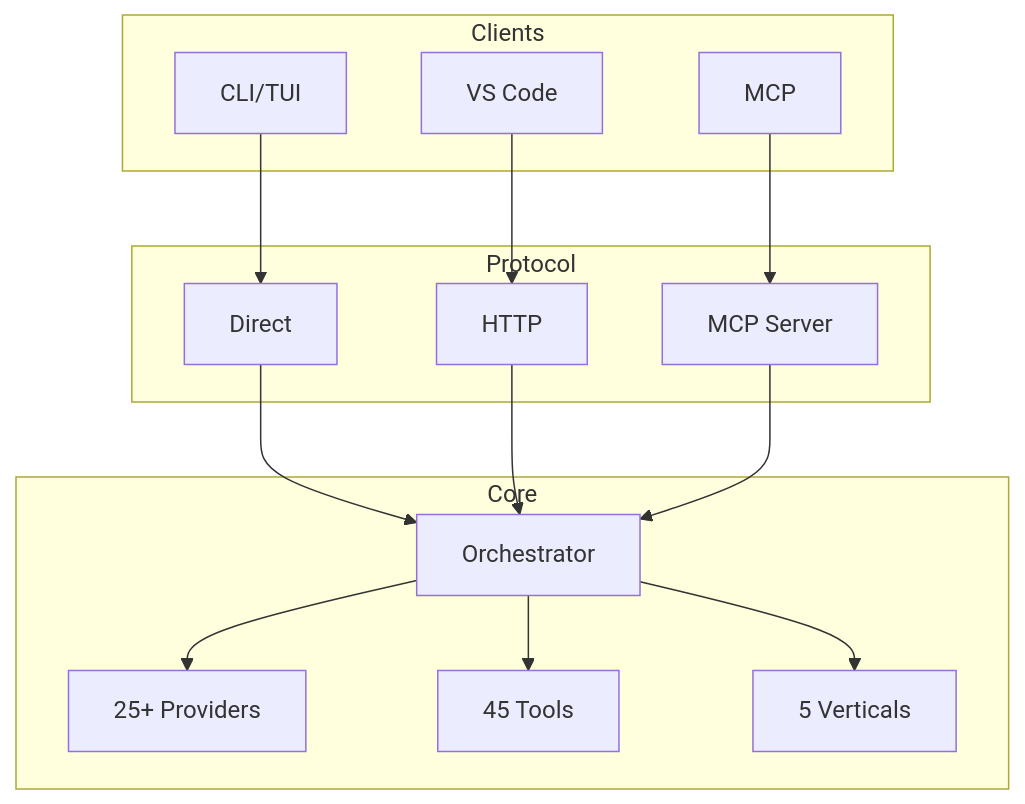
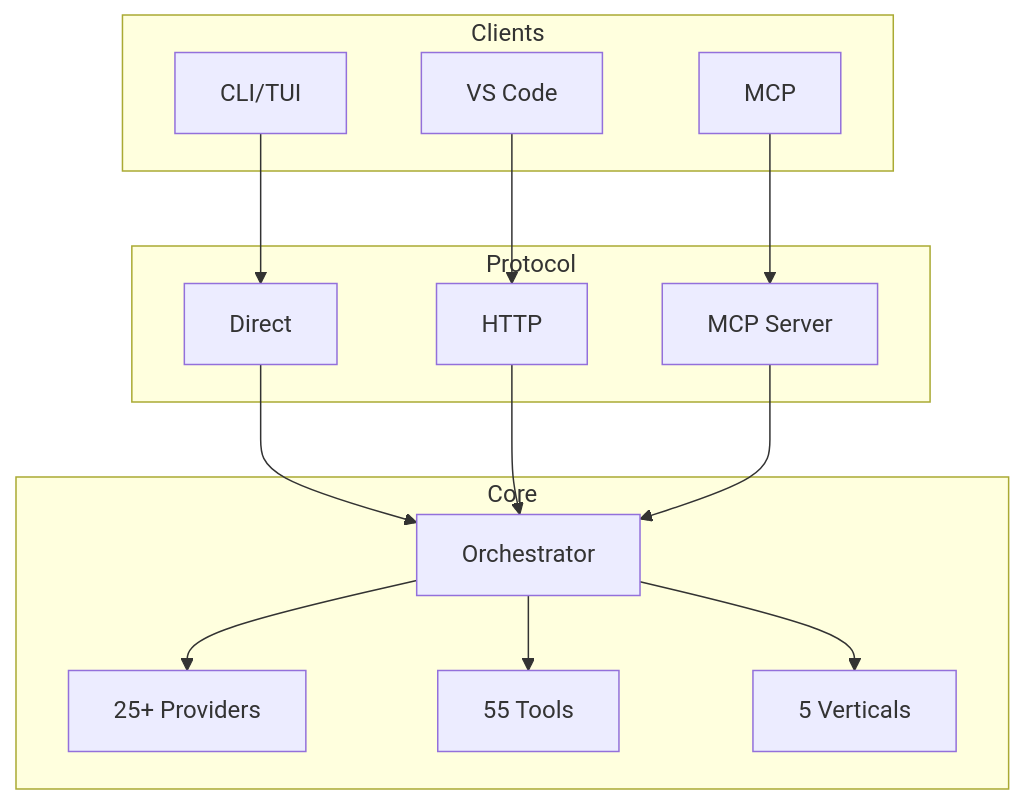
Before and after one commit to vjsingh1984/victor: the second of 2 diagrams in README.md, drawn with Mermaid. The commit also changed other lines of this file and 5 other files, not shown here.

````diff
--- a/README.md
+++ b/README.md
@@ -126,28 +126,28 @@
 ```mermaid
 flowchart TB
     subgraph Clients
         CLI[CLI/TUI]
         VS[VS Code]
         MCP[MCP]
     end
 
     subgraph Protocol
         Direct[Direct]
         HTTP[HTTP]
         MCPS[MCP Server]
     end
 
     subgraph Core
         Orch[Orchestrator]
         Prov[25+ Providers]
-        Tools[45 Tools]
+        Tools[55 Tools]
         Vert[5 Verticals]
     end
 
     CLI --> Direct --> Orch
     VS --> HTTP --> Orch
     MCP --> MCPS --> Orch
     Orch --> Prov
     Orch --> Tools
     Orch --> Vert
 ```
````
